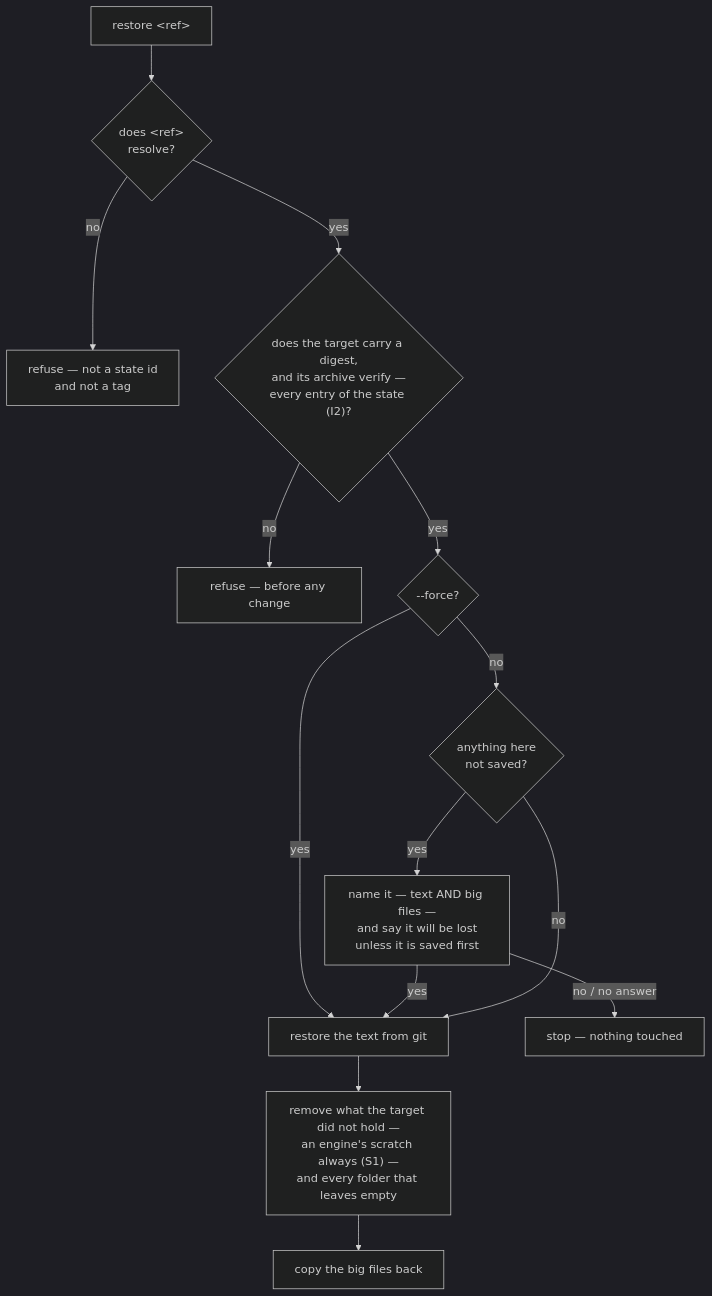
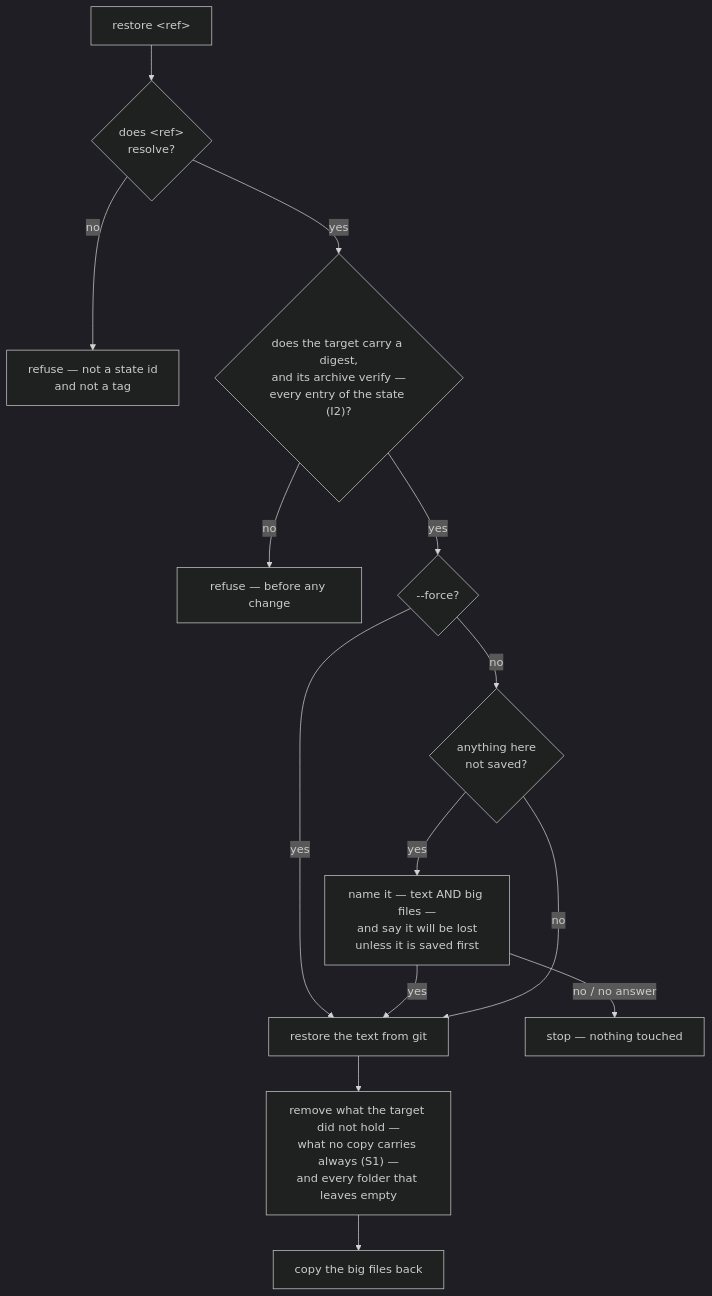
Before and after one commit to Qing-LAB/molbuilder: the fourth of 5 diagrams in docs/execution/checkpointing.md, drawn with Mermaid (dark theme). The commit also changed other lines of this file and 30 other files, not shown here.

````diff
--- a/docs/execution/checkpointing.md
+++ b/docs/execution/checkpointing.md
@@ -556,16 +563,16 @@
 ```mermaid
 flowchart TB
     R["restore &lt;ref&gt;"] --> D0{"does &lt;ref&gt;<br/>resolve?"}
     D0 -->|"no"| X0["refuse — not a state id<br/>and not a tag"]
     D0 -->|"yes"| D3{"does the target carry a digest,<br/>and its archive verify —<br/>every entry of the state (I2)?"}
     D3 -->|"no"| X3["refuse — before any change"]
     D3 -->|"yes"| F{"--force?"}
     F -->|"yes"| G
     F -->|"no"| D1{"anything here<br/>not saved?"}
     D1 -->|"yes"| Q["name it — text AND big files —<br/>and say it will be lost<br/>unless it is saved first"]
     Q -->|"no / no answer"| X1["stop — nothing touched"]
     Q -->|"yes"| G
     D1 -->|"no"| G["restore the text from git"]
-    G --> SW["remove what the target did not hold —<br/>an engine's scratch always (S1) —<br/>and every folder that leaves empty"]
+    G --> SW["remove what the target did not hold —<br/>what no copy carries always (S1) —<br/>and every folder that leaves empty"]
     SW --> B["copy the big files back"]
 ```
````
